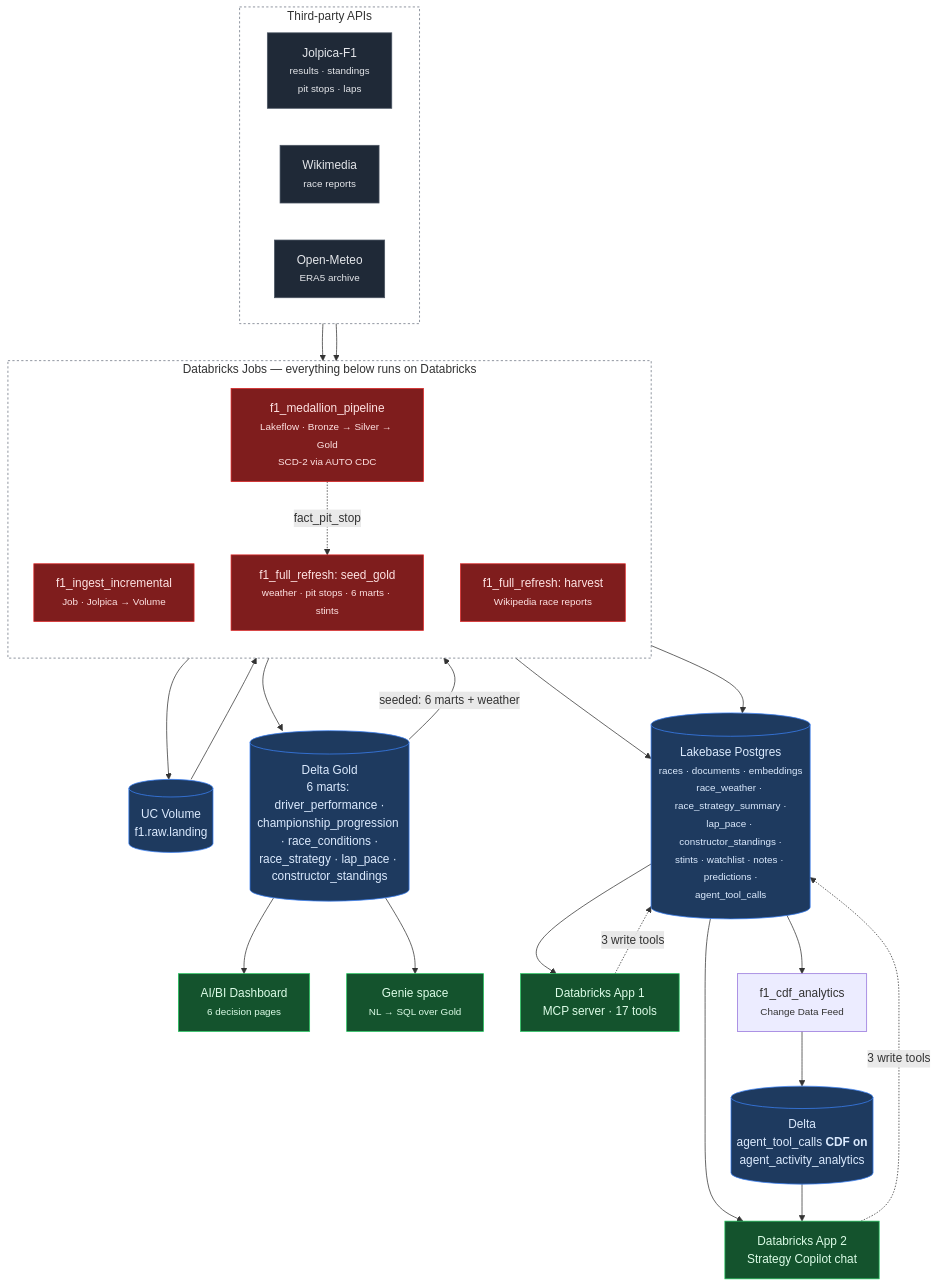
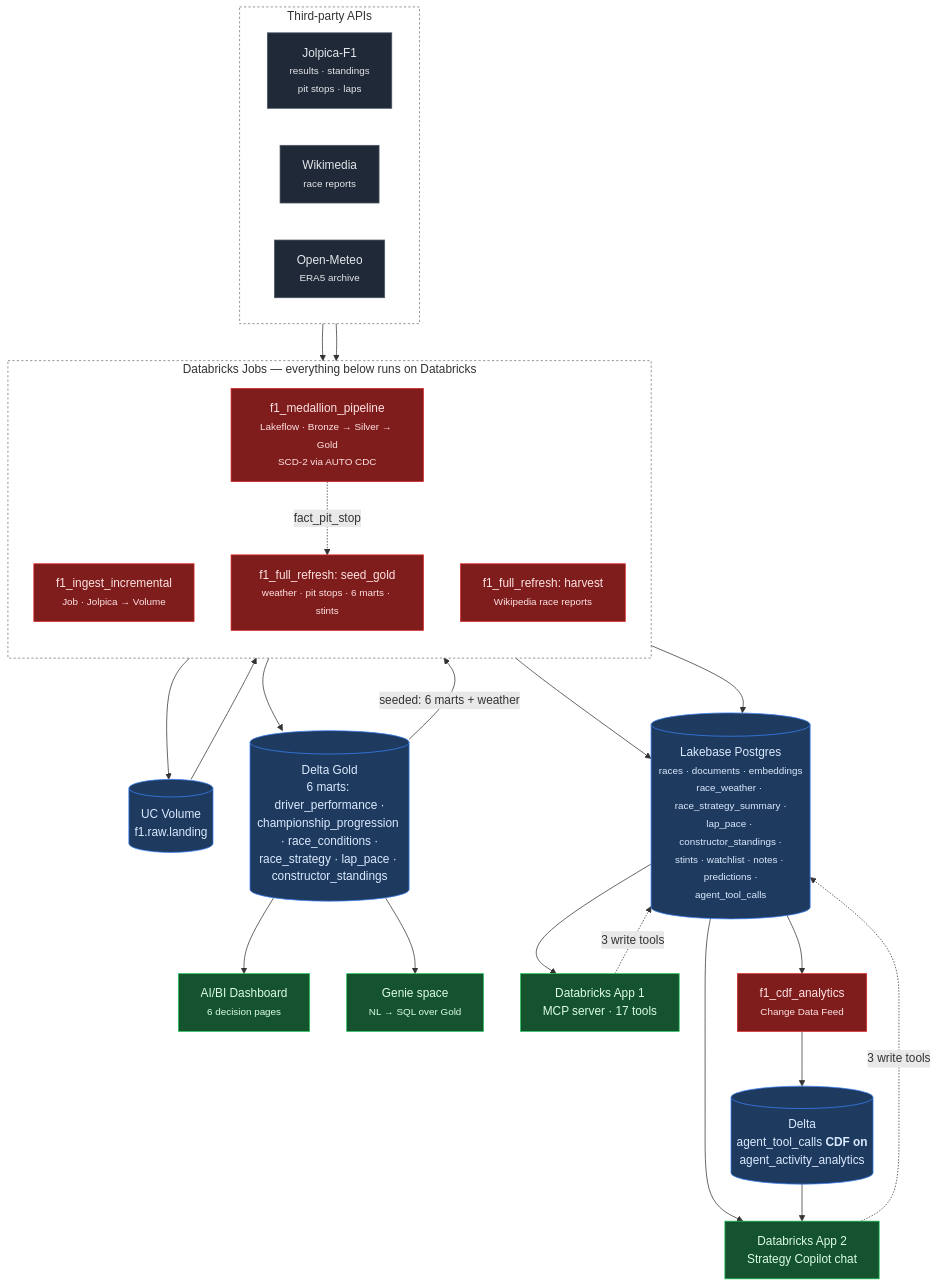
Before and after one commit to abhibastia/f1-intelligence-copilot: the diagram in README.md, drawn with Mermaid. The commit also changed other lines of this file and 5 other files, not shown here.

````diff
--- a/README.md
+++ b/README.md
@@ -57,52 +57,52 @@
 ```mermaid
 flowchart TD
     subgraph SRC[" Third-party APIs "]
         direction LR
         J["Jolpica-F1<br/><small>results · standings<br/>pit stops · laps</small>"]
         W["Wikimedia<br/><small>race reports</small>"]
         O["Open-Meteo<br/><small>ERA5 archive</small>"]
     end
 
     subgraph DBX[" Databricks Jobs — everything below runs on Databricks "]
         direction TB
         ING["f1_ingest_incremental<br/><small>Job · Jolpica → Volume</small>"]
         MED["f1_medallion_pipeline<br/><small>Lakeflow · Bronze → Silver → Gold<br/>SCD-2 via AUTO CDC</small>"]
         HAR["f1_full_refresh: harvest<br/><small>Wikipedia race reports</small>"]
         SEED["f1_full_refresh: seed_gold<br/><small>weather · pit stops · 6 marts · stints</small>"]
     end
 
     J --> ING --> VOL[("UC Volume<br/>f1.raw.landing")] --> MED
     MED --> GOLD[("Delta Gold<br/>6 marts: driver_performance ·<br/>championship_progression · race_conditions ·<br/>race_strategy · lap_pace · constructor_standings")]
 
     GOLD --> DASH["AI/BI Dashboard<br/><small>6 decision pages</small>"]
     GOLD --> GENIE["Genie space<br/><small>NL → SQL over Gold</small>"]
 
     W --> HAR
     MED -. "fact_pit_stop" .-> SEED
     GOLD -- "seeded: 6 marts + weather" --> SEED
 
     HAR --> LB
     SEED --> LB
 
     LB[("Lakebase Postgres<br/><small>races · documents · embeddings<br/>race_weather · race_strategy_summary ·<br/>lap_pace · constructor_standings ·<br/>stints · watchlist · notes · predictions ·<br/>agent_tool_calls</small>")]
 
     LB --> MCP["Databricks App 1<br/>MCP server · 17 tools"]
     LB --> UI["Databricks App 2<br/>Strategy Copilot chat"]
     UI -. "3 write tools" .-> LB
     MCP -. "3 write tools" .-> LB
 
     LB --> CDF["f1_cdf_analytics<br/><small>Change Data Feed</small>"] --> DELTA[("Delta<br/>agent_tool_calls <b>CDF on</b><br/>agent_activity_analytics")]
     DELTA --> UI
 
     style SRC fill:transparent,stroke:#6b7280,stroke-dasharray:3 3
     style DBX fill:transparent,stroke:#6b7280,stroke-dasharray:3 3
 
     classDef api fill:#1f2937,stroke:#4b5563,color:#e5e7eb
     classDef job fill:#7f1d1d,stroke:#dc2626,color:#fee2e2
     classDef store fill:#1e3a5f,stroke:#3b82f6,color:#dbeafe
     classDef app fill:#14532d,stroke:#22c55e,color:#dcfce7
     class J,W,O api
-    class ING,MED,HAR,SEED job
+    class ING,MED,HAR,SEED,CDF job
     class VOL,GOLD,LB,DELTA store
     class MCP,UI,DASH,GENIE app
 ```
````
